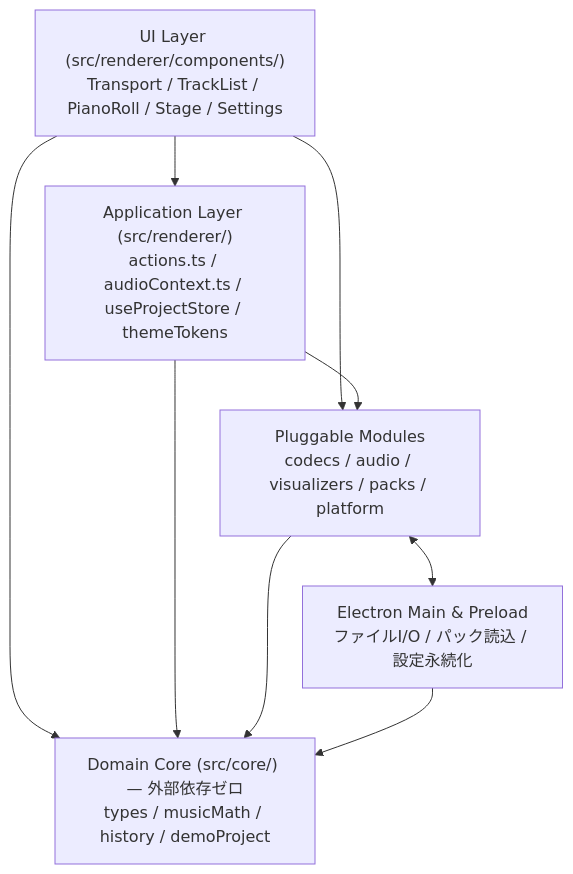
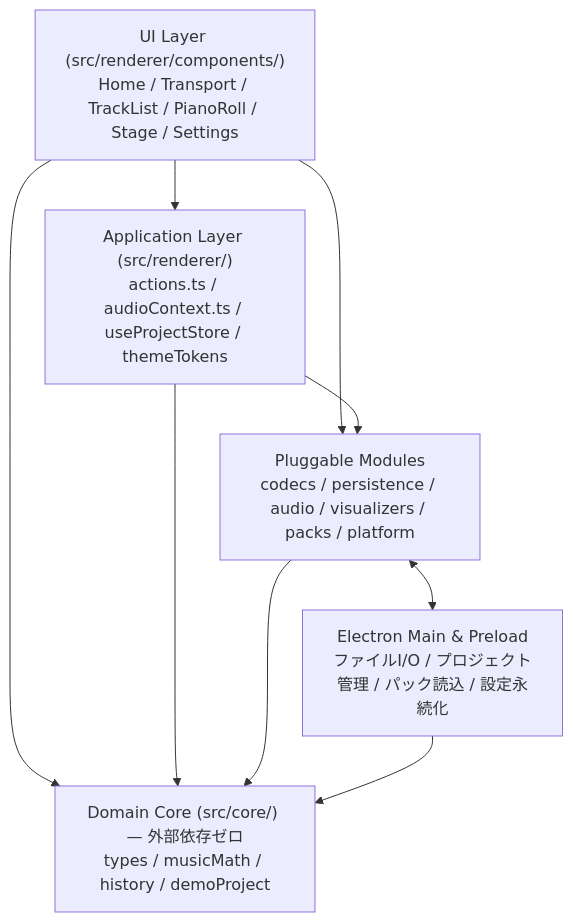
One commit to Yoshiha3/tone-bone changed the diagram in docs/architecture.md. Above: the diagram before and after it, drawn with Mermaid. The commit also changed other lines of this file and 31 other files, not shown here.

Commit message:
feat(home,persistence): add project home screen and pluggable save strategies

````diff
--- a/docs/architecture.md
+++ b/docs/architecture.md
@@ -9,17 +9,17 @@
 ```mermaid
 flowchart TD
-    UI["UI Layer (src/renderer/components/)<br/>Transport / TrackList / PianoRoll / Stage / Settings"]
+    UI["UI Layer (src/renderer/components/)<br/>Home / Transport / TrackList / PianoRoll / Stage / Settings"]
     App["Application Layer (src/renderer/)<br/>actions.ts / audioContext.ts / useProjectStore / themeTokens"]
-    Mod["Pluggable Modules<br/>codecs / audio / visualizers / packs / platform"]
+    Mod["Pluggable Modules<br/>codecs / persistence / audio / visualizers / packs / platform"]
     Core["Domain Core (src/core/) — 外部依存ゼロ<br/>types / musicMath / history / demoProject"]
-    OS["Electron Main & Preload<br/>ファイルI/O / パック読込 / 設定永続化"]
+    OS["Electron Main & Preload<br/>ファイルI/O / プロジェクト管理 / パック読込 / 設定永続化"]
 
     UI --> App
     UI --> Mod
     UI --> Core
     App --> Mod
     App --> Core
     Mod --> Core
     Mod <--> OS
     OS --> Core
 ```
````
